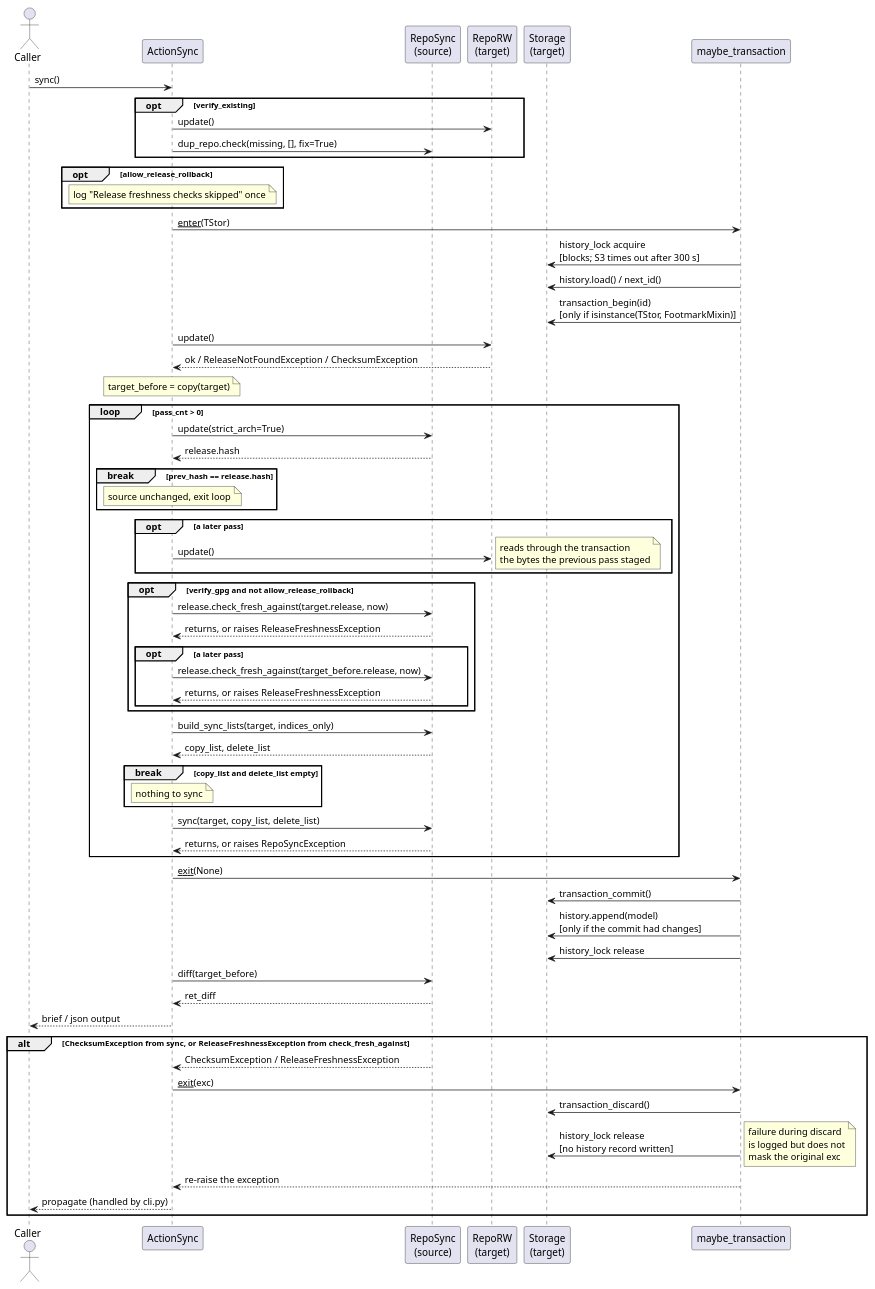
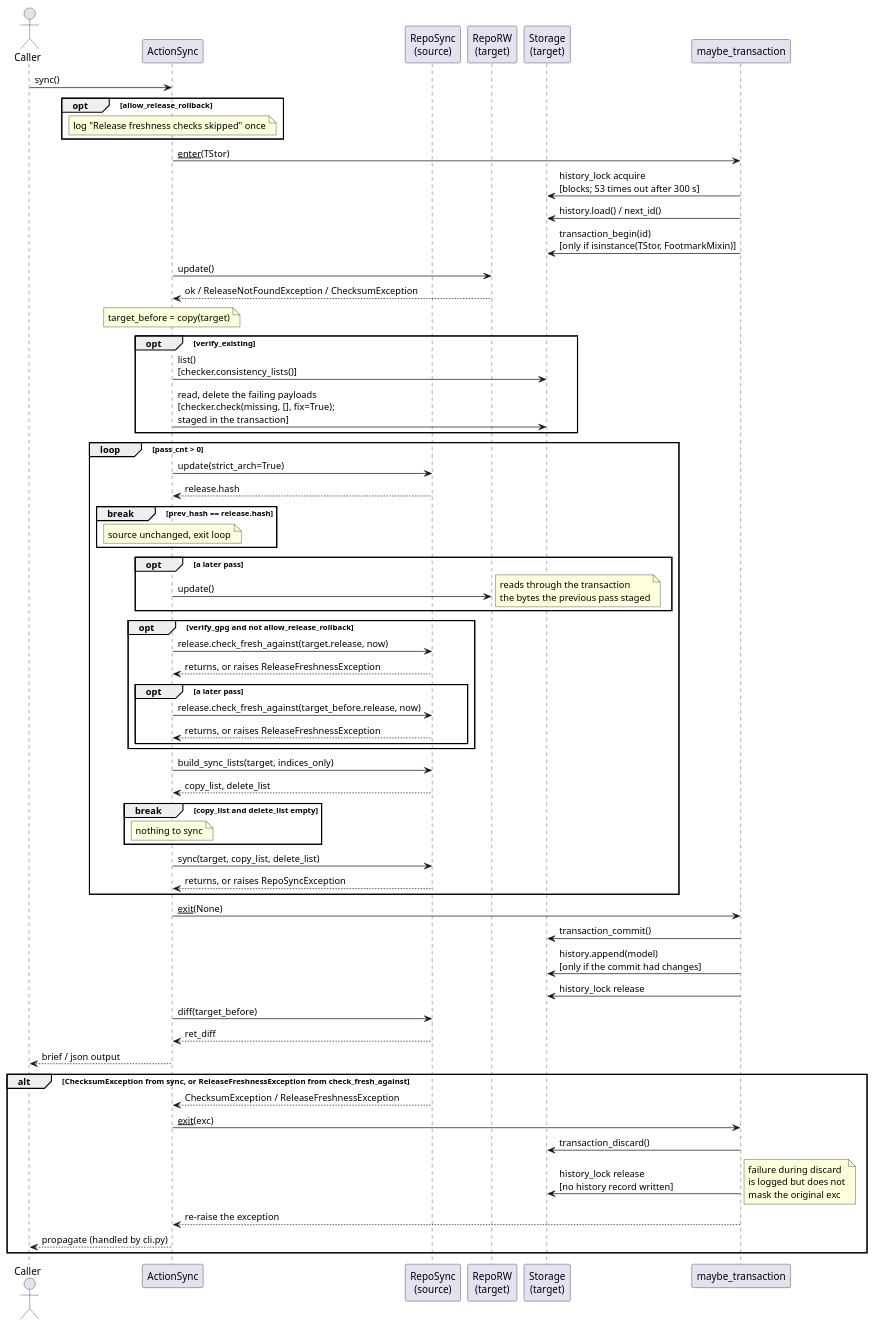
Before and after one commit to vinklat/debkit: the diagram in docs/development/diagrams/action-sync-sequence.puml, drawn with PlantUML. The commit also changed 11 other files, not shown here.

First line of the commit message:
Check targets against their own indices inside a transaction

```diff
--- a/docs/development/diagrams/action-sync-sequence.puml
+++ b/docs/development/diagrams/action-sync-sequence.puml
@@ -1,78 +1,78 @@
 @startuml
 actor Caller
 participant ActionSync
 participant "RepoSync\n(source)" as Src
 participant "RepoRW\n(target)" as Tgt
 participant "Storage\n(target)" as TStor
 participant "maybe_transaction" as CM
 
 Caller -> ActionSync: sync()
-
-opt verify_existing
-  ActionSync -> Tgt: update()
-  ActionSync -> Src: dup_repo.check(missing, [], fix=True)
-end
 
 opt allow_release_rollback
   note over ActionSync: log "Release freshness checks skipped" once
 end
 
 ActionSync -> CM: __enter__(TStor)
 CM -> TStor: history_lock acquire\n[blocks; S3 times out after 300 s]
 CM -> TStor: history.load() / next_id()
 CM -> TStor: transaction_begin(id)\n[only if isinstance(TStor, FootmarkMixin)]
 
 ActionSync -> Tgt: update()
 Tgt --> ActionSync: ok / ReleaseNotFoundException / ChecksumException
 note over ActionSync: target_before = copy(target)
+
+opt verify_existing
+  ActionSync -> TStor: list()\n[checker.consistency_lists()]
+  ActionSync -> TStor: read, delete the failing payloads\n[checker.check(missing, [], fix=True);\nstaged in the transaction]
+end
 
 loop pass_cnt > 0
   ActionSync -> Src: update(strict_arch=True)
   Src --> ActionSync: release.hash
   break prev_hash == release.hash
     note over ActionSync: source unchanged, exit loop
   end
 
   opt a later pass
     ActionSync -> Tgt: update()
     note right: reads through the transaction\nthe bytes the previous pass staged
   end
 
   opt verify_gpg and not allow_release_rollback
     ActionSync -> Src: release.check_fresh_against(target.release, now)
     Src --> ActionSync: returns, or raises ReleaseFreshnessException
     opt a later pass
       ActionSync -> Src: release.check_fresh_against(target_before.release, now)
       Src --> ActionSync: returns, or raises ReleaseFreshnessException
     end
   end
 
   ActionSync -> Src: build_sync_lists(target, indices_only)
   Src --> ActionSync: copy_list, delete_list
   break copy_list and delete_list empty
     note over ActionSync: nothing to sync
   end
 
   ActionSync -> Src: sync(target, copy_list, delete_list)
   Src --> ActionSync: returns, or raises RepoSyncException
 end
 
 ActionSync -> CM: __exit__(None)
 CM -> TStor: transaction_commit()
 CM -> TStor: history.append(model)\n[only if the commit had changes]
 CM -> TStor: history_lock release
 
 ActionSync -> Src: diff(target_before)
 Src --> ActionSync: ret_diff
 ActionSync --> Caller: brief / json output
 
 alt ChecksumException from sync, or ReleaseFreshnessException from check_fresh_against
   Src --> ActionSync: ChecksumException / ReleaseFreshnessException
   ActionSync -> CM: __exit__(exc)
   CM -> TStor: transaction_discard()
   CM -> TStor: history_lock release\n[no history record written]
   note right: failure during discard\nis logged but does not\nmask the original exc
   CM --> ActionSync: re-raise the exception
   ActionSync --> Caller: propagate (handled by cli.py)
 end
 @enduml
```
